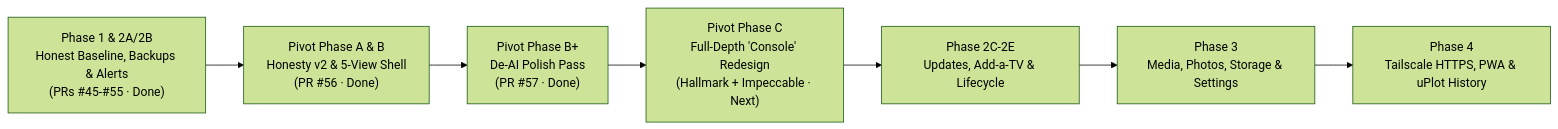
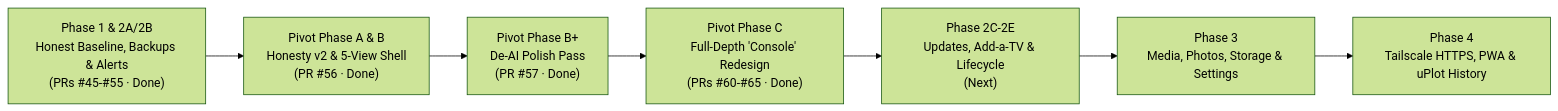
The diagram in Control Hub Improvement Plan.md (RAM-MAHESHWARI24/homelab-blueprint), drawn with Mermaid (forest theme) before and after one commit. The commit also changed other lines of this file and 32 other files, not shown here.

Commit message:
docs(control-hub): complete Gate C craft cleanup, refreshed screenshots, and roadmap sync (C4)

````diff
--- a/Control Hub Improvement Plan.md
+++ b/Control Hub Improvement Plan.md
@@ -18,9 +18,9 @@
 ```mermaid
 flowchart LR
     P1["Phase 1 & 2A/2B<br/>Honest Baseline, Backups & Alerts<br/>(PRs #45-#55 · Done)"] --> PA["Pivot Phase A & B<br/>Honesty v2 & 5-View Shell<br/>(PR #56 · Done)"]
     PA --> PB["Pivot Phase B+<br/>De-AI Polish Pass<br/>(PR #57 · Done)"]
-    PB --> PC["Pivot Phase C<br/>Full-Depth 'Console' Redesign<br/>(Hallmark + Impeccable · Next)"]
-    PC --> P2["Phase 2C-2E<br/>Updates, Add-a-TV & Lifecycle"]
+    PB --> PC["Pivot Phase C<br/>Full-Depth 'Console' Redesign<br/>(PRs #60-#65 · Done)"]
+    PC --> P2["Phase 2C-2E<br/>Updates, Add-a-TV & Lifecycle<br/>(Next)"]
     P2 --> P3["Phase 3<br/>Media, Photos, Storage & Settings"]
     P3 --> P4["Phase 4<br/>Tailscale HTTPS, PWA & uPlot History"]
 ```
````
